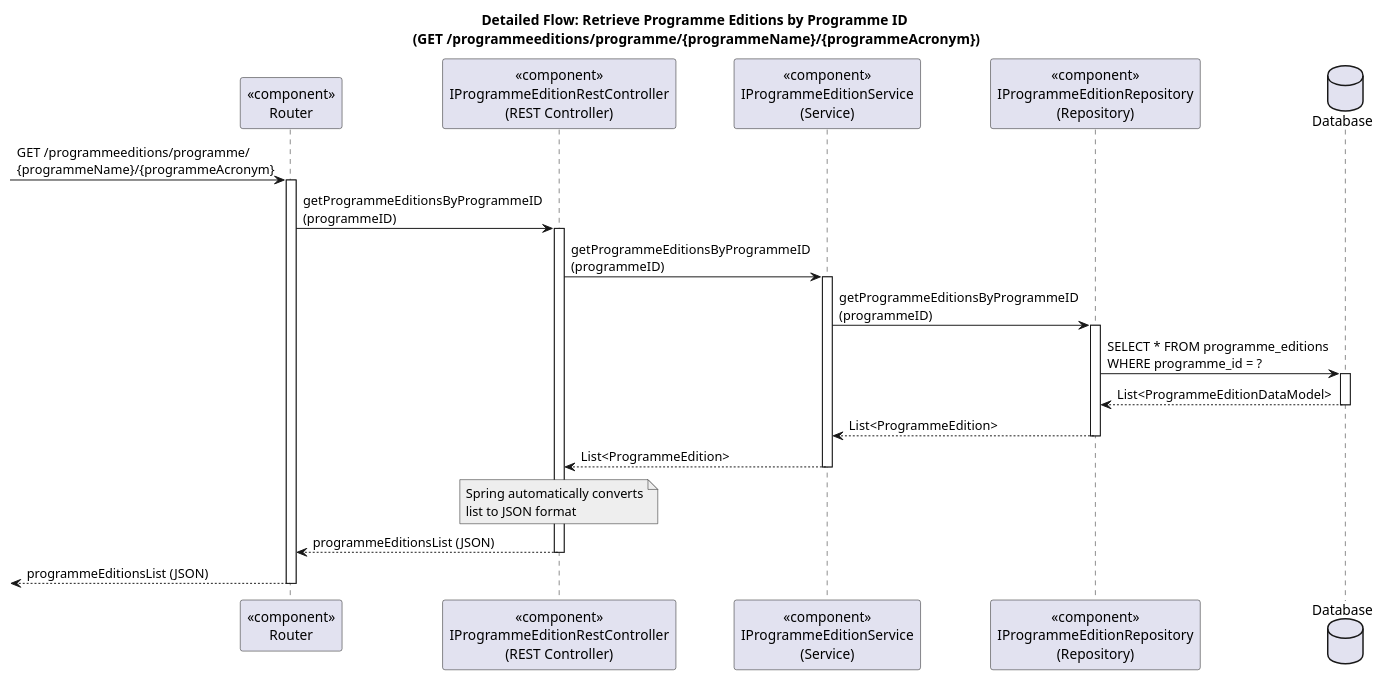
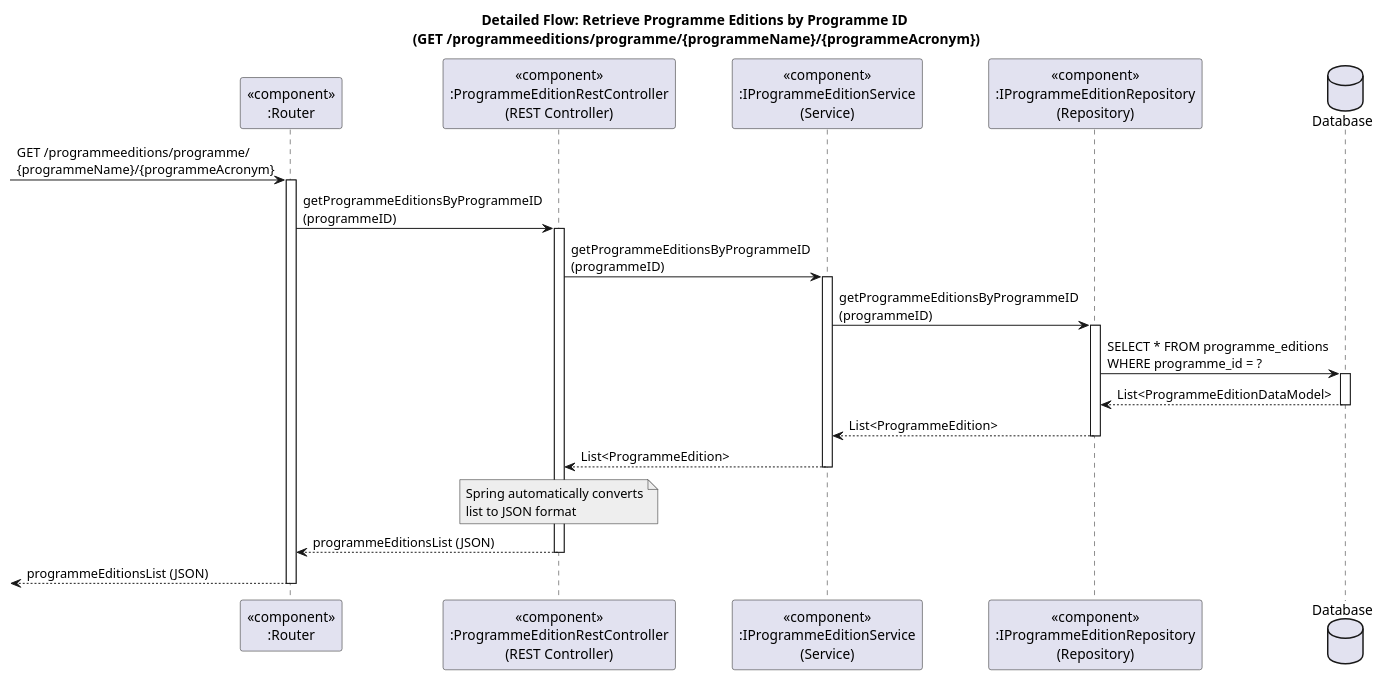
One commit to GasparISEP/DevOps-PAI changed the diagram in docs/US19/Sprint6_RestAPI/ProcessView/references/Reference_4ListOfProgrammeEditions.puml. Above: the diagram before and after it, drawn with PlantUML. The commit also changed 3 other files, not shown here.

Commit message:
[docs] Small fix: Rename incorrect components in all detailed flow diagrams for createCourseEdition (Level 3 Process View) (Refs: #536, #549)

```diff
--- a/docs/US19/Sprint6_RestAPI/ProcessView/references/Reference_4ListOfProgrammeEditions.puml
+++ b/docs/US19/Sprint6_RestAPI/ProcessView/references/Reference_4ListOfProgrammeEditions.puml
@@ -1,44 +1,44 @@
 @startuml
 title Detailed Flow: Retrieve Programme Editions by Programme ID \n(GET /programmeeditions/programme/{programmeName}/{programmeAcronym})
 
-participant "<<component>>\nRouter" as Router
-participant "<<component>>\nIProgrammeEditionRestController\n(REST Controller)" as Controller
-participant "<<component>>\nIProgrammeEditionService\n(Service)" as Service
-participant "<<component>>\nIProgrammeEditionRepository\n(Repository)" as Repository
+participant "<<component>>\n:Router" as Router
+participant "<<component>>\n:ProgrammeEditionRestController\n(REST Controller)" as Controller
+participant "<<component>>\n:IProgrammeEditionService\n(Service)" as Service
+participant "<<component>>\n:IProgrammeEditionRepository\n(Repository)" as Repository
 database "Database" as DB
 
 -> Router: GET /programmeeditions/programme/\n{programmeName}/{programmeAcronym}
 activate Router
 
 Router -> Controller: getProgrammeEditionsByProgrammeID\n(programmeID)
 activate Controller
 
 Controller -> Service: getProgrammeEditionsByProgrammeID\n(programmeID)
 activate Service
 
 Service -> Repository: getProgrammeEditionsByProgrammeID\n(programmeID)
 activate Repository
 
 Repository -> DB: SELECT * FROM programme_editions\nWHERE programme_id = ?
 activate DB
 DB --> Repository: List<ProgrammeEditionDataModel>
 deactivate DB
 
 Repository --> Service: List<ProgrammeEdition>
 deactivate Repository
 
 Service --> Controller: List<ProgrammeEdition>
 deactivate Service
 
 note over Controller #EEEEEE
 Spring automatically converts
 list to JSON format
 end note
 
 Controller --> Router: programmeEditionsList (JSON)
 deactivate Controller
 
 <-- Router: programmeEditionsList (JSON)
 deactivate Router
 
 @enduml
```
